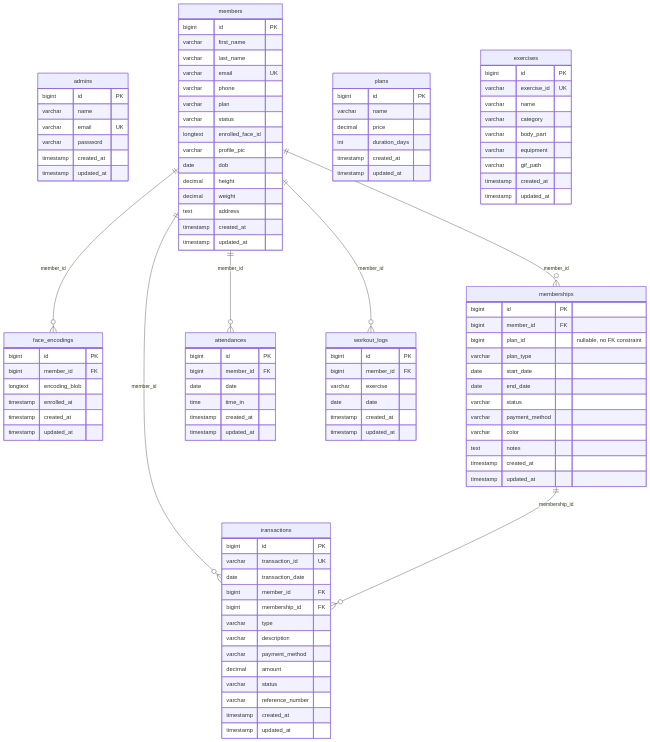
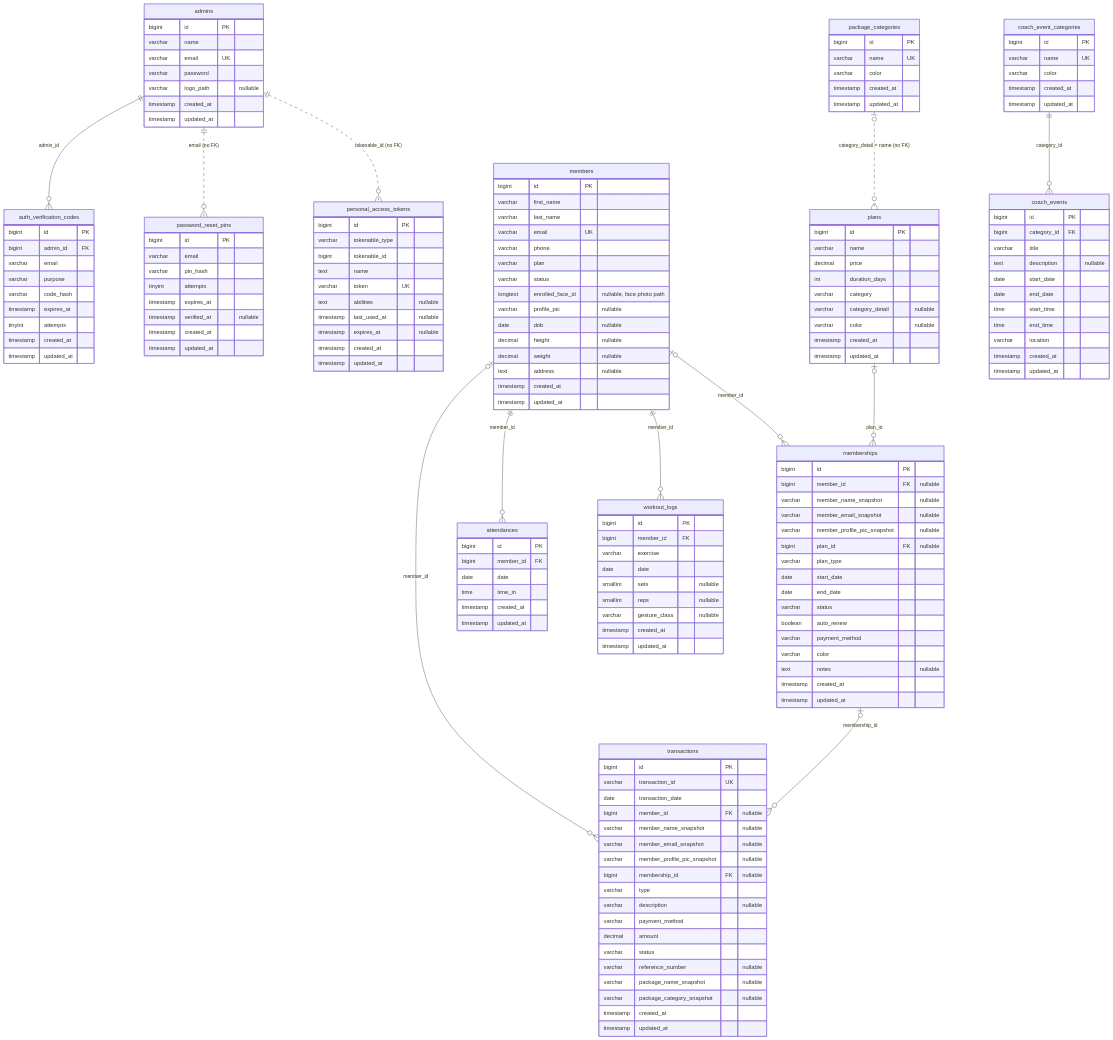
Before and after one commit to Plonteras191/GYM2-CAPSTONE: the diagram in DOCUMENTATION/Physical Entity-Relationship Diagram/Physical Entity-Relationship Diagram.md, drawn with Mermaid. The commit also changed 10 other files, not shown here.

First line of the commit message:
Update outdated diagrams in the documentation to match the system

````diff
--- a/DOCUMENTATION/Physical Entity-Relationship Diagram/Physical Entity-Relationship Diagram.md
+++ b/DOCUMENTATION/Physical Entity-Relationship Diagram/Physical Entity-Relationship Diagram.md
@@ -15,10 +15,43 @@
         varchar name
         varchar email UK
         varchar password
+        varchar logo_path "nullable"
         timestamp created_at
         timestamp updated_at
     }
-
+    auth_verification_codes {
+        bigint id PK
+        bigint admin_id FK
+        varchar email
+        varchar purpose
+        varchar code_hash
+        timestamp expires_at
+        tinyint attempts
+        timestamp created_at
+        timestamp updated_at
+    }
+    password_reset_pins {
+        bigint id PK
+        varchar email
+        varchar pin_hash
+        tinyint attempts
+        timestamp expires_at
+        timestamp verified_at "nullable"
+        timestamp created_at
+        timestamp updated_at
+    }
+    personal_access_tokens {
+        bigint id PK
+        varchar tokenable_type
+        bigint tokenable_id
+        text name
+        varchar token UK
+        text abilities "nullable"
+        timestamp last_used_at "nullable"
+        timestamp expires_at "nullable"
+        timestamp created_at
+        timestamp updated_at
+    }
     members {
         bigint id PK
         varchar first_name
@@ -27,65 +60,71 @@
         varchar phone
         varchar plan
         varchar status
-        longtext enrolled_face_id
-        varchar profile_pic
-        date dob
-        decimal height
-        decimal weight
-        text address
+        longtext enrolled_face_id "nullable, face photo path"
+        varchar profile_pic "nullable"
+        date dob "nullable"
+        decimal height "nullable"
+        decimal weight "nullable"
+        text address "nullable"
         timestamp created_at
         timestamp updated_at
     }
-
-    face_encodings {
+    package_categories {
         bigint id PK
-        bigint member_id FK
-        longtext encoding_blob
-        timestamp enrolled_at
+        varchar name UK
+        varchar color
         timestamp created_at
         timestamp updated_at
     }
-
     plans {
         bigint id PK
         varchar name
         decimal price
         int duration_days
+        varchar category
+        varchar category_detail "nullable"
+        varchar color "nullable"
         timestamp created_at
         timestamp updated_at
     }
-
     memberships {
         bigint id PK
-        bigint member_id FK
-        bigint plan_id "nullable, no FK constraint"
+        bigint member_id FK "nullable"
+        varchar member_name_snapshot "nullable"
+        varchar member_email_snapshot "nullable"
+        varchar member_profile_pic_snapshot "nullable"
+        bigint plan_id FK "nullable"
         varchar plan_type
         date start_date
         date end_date
         varchar status
+        boolean auto_renew
         varchar payment_method
         varchar color
-        text notes
+        text notes "nullable"
         timestamp created_at
         timestamp updated_at
     }
-
     transactions {
         bigint id PK
         varchar transaction_id UK
         date transaction_date
-        bigint member_id FK
-        bigint membership_id FK
+        bigint member_id FK "nullable"
+        varchar member_name_snapshot "nullable"
+        varchar member_email_snapshot "nullable"
+        varchar member_profile_pic_snapshot "nullable"
+        bigint membership_id FK "nullable"
         varchar type
-        varchar description
+        varchar description "nullable"
         varchar payment_method
         decimal amount
         varchar status
-        varchar reference_number
+        varchar reference_number "nullable"
+        varchar package_name_snapshot "nullable"
+        varchar package_category_snapshot "nullable"
         timestamp created_at
         timestamp updated_at
     }
-
     attendances {
         bigint id PK
         bigint member_id FK
@@ -94,32 +133,47 @@
         timestamp created_at
         timestamp updated_at
     }
-
     workout_logs {
         bigint id PK
         bigint member_id FK
         varchar exercise
         date date
+        smallint sets "nullable"
+        smallint reps "nullable"
+        varchar gesture_class "nullable"
+        timestamp created_at
+        timestamp updated_at
+    }
+    coach_event_categories {
+        bigint id PK
+        varchar name UK
+        varchar color
+        timestamp created_at
+        timestamp updated_at
+    }
+    coach_events {
+        bigint id PK
+        bigint category_id FK
+        varchar title
+        text description "nullable"
+        date start_date
+        date end_date
+        time start_time
+        time end_time
+        varchar location
         timestamp created_at
         timestamp updated_at
     }
 
-    exercises {
-        bigint id PK
-        varchar exercise_id UK
-        varchar name
-        varchar category
-        varchar body_part
-        varchar equipment
-        varchar gif_path
-        timestamp created_at
-        timestamp updated_at
-    }
-
-    members ||--o{ face_encodings : "member_id"
-    members ||--o{ memberships : "member_id"
-    members ||--o{ transactions : "member_id"
+    admins ||--o{ auth_verification_codes : "admin_id"
+    admins ||..o{ personal_access_tokens : "tokenable_id (no FK)"
+    admins ||..o{ password_reset_pins : "email (no FK)"
+    members |o--o{ memberships : "member_id"
+    plans |o--o{ memberships : "plan_id"
+    package_categories |o..o{ plans : "category_detail = name (no FK)"
+    members |o--o{ transactions : "member_id"
+    memberships |o--o{ transactions : "membership_id"
     members ||--o{ attendances : "member_id"
     members ||--o{ workout_logs : "member_id"
-    memberships ||--o{ transactions : "membership_id"
+    coach_event_categories ||--o{ coach_events : "category_id"
 ```
````
